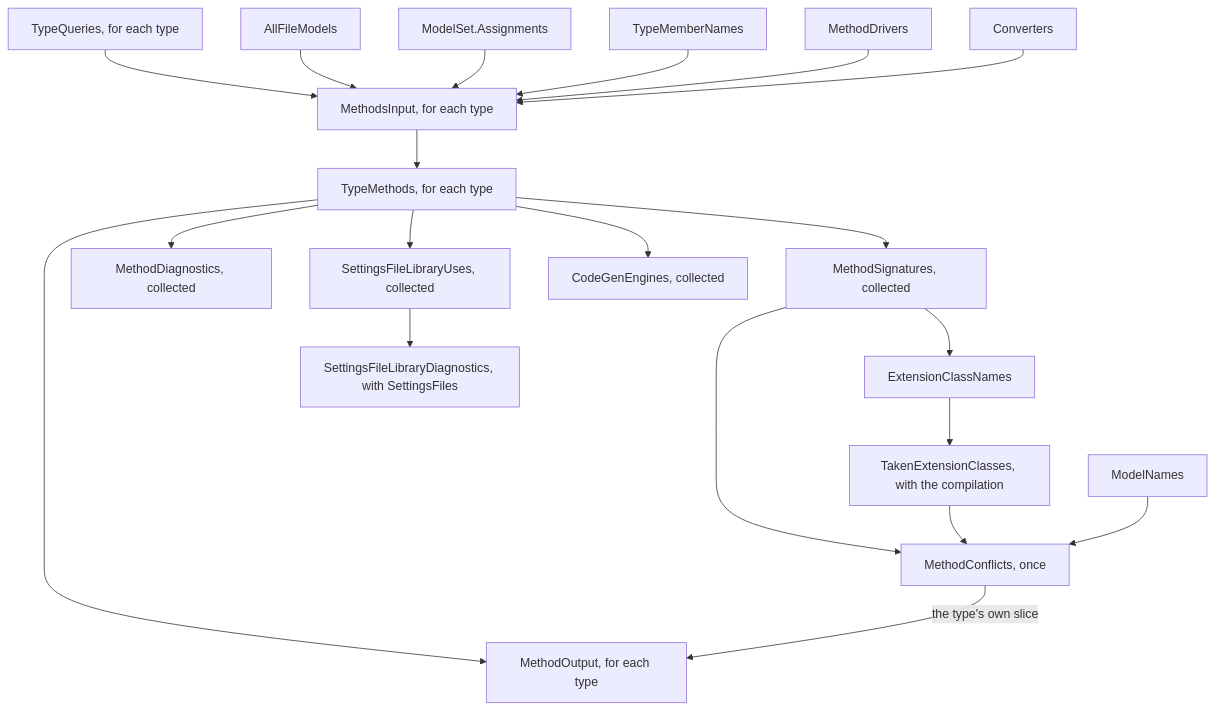
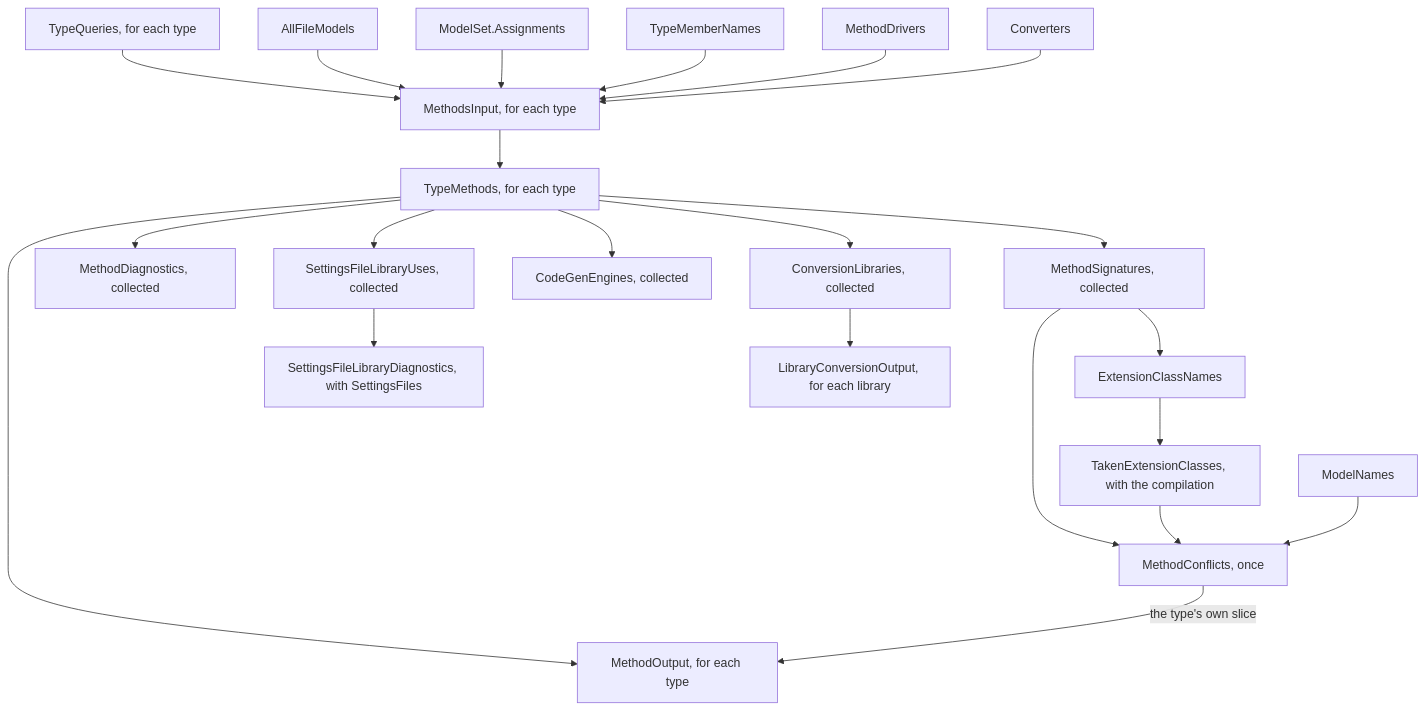
Before and after one commit to mbcrawfo/SqlSource: the third of 3 diagrams in docs/architecture/generator.md, drawn with Mermaid. The commit also changed other lines of this file and 16 other files, not shown here.

First line of the commit message:
feat(methods): emit a library's conversions when a method calls them

````diff
--- a/docs/architecture/generator.md
+++ b/docs/architecture/generator.md
@@ -556,22 +560,24 @@
 ```mermaid
 flowchart TD
     typeQueries["TypeQueries, for each type"] --> input["MethodsInput, for each type"]
     all["AllFileModels"] --> input
     assignments["ModelSet.Assignments"] --> input
     names["TypeMemberNames"] --> input
     drivers["MethodDrivers"] --> input
     converters["Converters"] --> input
     input --> plan["TypeMethods, for each type"]
     plan --> signatures["MethodSignatures, collected"]
     signatures --> classes["ExtensionClassNames"]
     classes --> taken["TakenExtensionClasses, with the compilation"]
     signatures --> conflicts["MethodConflicts, once"]
     taken --> conflicts
     modelNames["ModelNames"] --> conflicts
     plan --> output["MethodOutput, for each type"]
     conflicts -->|"the type's own slice"| output
     plan --> diagnostics["MethodDiagnostics, collected"]
     plan --> libraryUses["SettingsFileLibraryUses, collected"]
     libraryUses --> located["SettingsFileLibraryDiagnostics, with SettingsFiles"]
     plan --> engines["CodeGenEngines, collected"]
+    plan --> libraries["ConversionLibraries, collected"]
+    libraries --> conversions["LibraryConversionOutput, for each library"]
 ```
````
